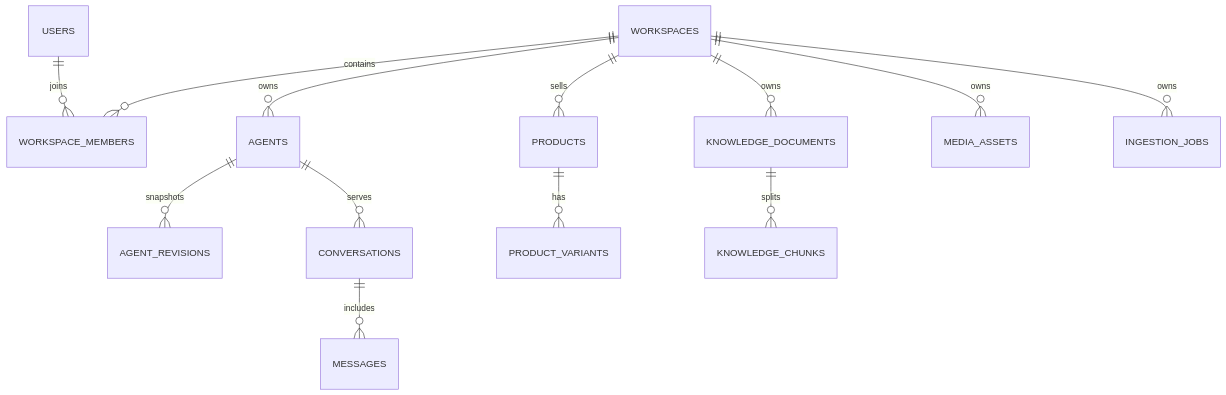
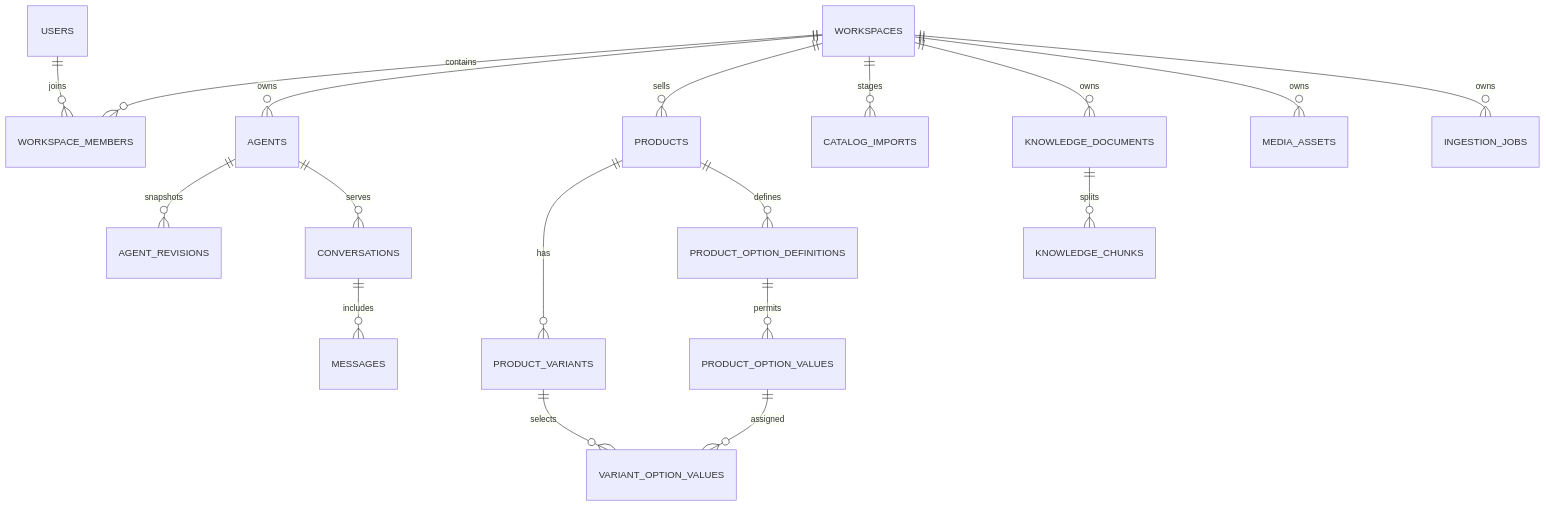
The diagram in docs/architecture/data-model.md (nmNDiem/agent-hub), drawn with Mermaid before and after one commit. The commit also changed other lines of this file and 25 other files, not shown here.

````diff
--- a/docs/architecture/data-model.md
+++ b/docs/architecture/data-model.md
@@ -6,15 +6,20 @@
 ```mermaid
  erDiagram
   USERS ||--o{ WORKSPACE_MEMBERS : joins
   WORKSPACES ||--o{ WORKSPACE_MEMBERS : contains
   WORKSPACES ||--o{ AGENTS : owns
   AGENTS ||--o{ AGENT_REVISIONS : snapshots
   WORKSPACES ||--o{ PRODUCTS : sells
   PRODUCTS ||--o{ PRODUCT_VARIANTS : has
+  PRODUCTS ||--o{ PRODUCT_OPTION_DEFINITIONS : defines
+  PRODUCT_OPTION_DEFINITIONS ||--o{ PRODUCT_OPTION_VALUES : permits
+  PRODUCT_VARIANTS ||--o{ VARIANT_OPTION_VALUES : selects
+  PRODUCT_OPTION_VALUES ||--o{ VARIANT_OPTION_VALUES : assigned
+  WORKSPACES ||--o{ CATALOG_IMPORTS : stages
   WORKSPACES ||--o{ KNOWLEDGE_DOCUMENTS : owns
   KNOWLEDGE_DOCUMENTS ||--o{ KNOWLEDGE_CHUNKS : splits
   AGENTS ||--o{ CONVERSATIONS : serves
   CONVERSATIONS ||--o{ MESSAGES : includes
   WORKSPACES ||--o{ MEDIA_ASSETS : owns
   WORKSPACES ||--o{ INGESTION_JOBS : owns
 ```
````
